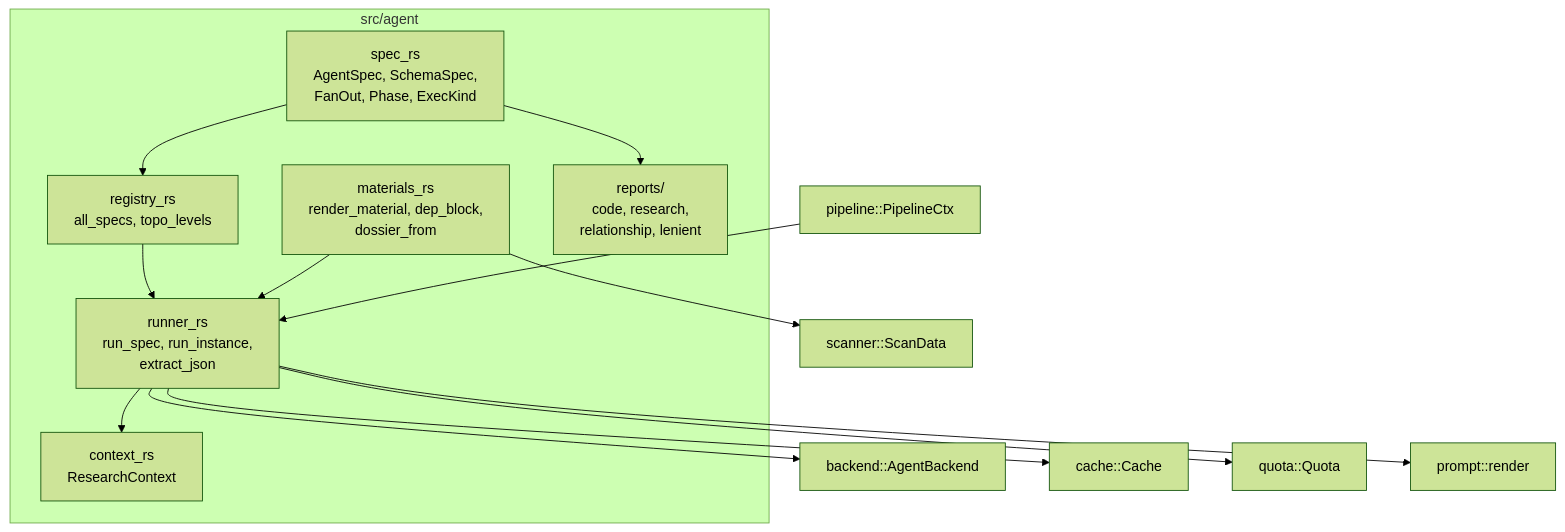
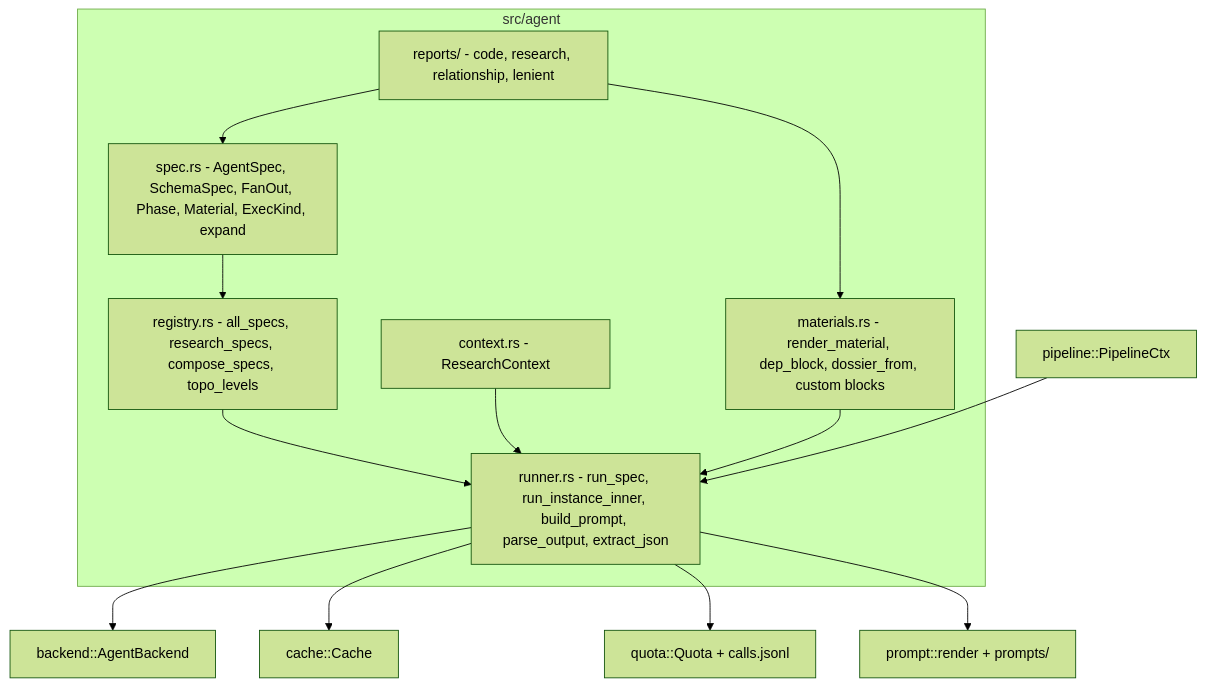
The first of 3 diagrams in docs/vi/4.Deep-Exploration/Agent Orchestration & Analysis.md (tidusvn05/agentwiki), drawn with Mermaid (forest theme) before and after one commit. The commit also changed other lines of this file and 10 other files, not shown here.

````diff
--- a/docs/vi/4.Deep-Exploration/Agent Orchestration & Analysis.md
+++ b/docs/vi/4.Deep-Exploration/Agent Orchestration & Analysis.md
@@ -15,22 +17,24 @@
 ```mermaid
-graph TD
-    subgraph Agent_Domain["src/agent"]
-        SPEC[spec_rs<br/>AgentSpec, SchemaSpec,<br/>FanOut, Phase, ExecKind]
-        REG[registry_rs<br/>all_specs, topo_levels]
-        RUN[runner_rs<br/>run_spec, run_instance,<br/>extract_json]
-        CTX[context_rs<br/>ResearchContext]
-        MAT[materials_rs<br/>render_material, dep_block,<br/>dossier_from]
-        RPT[reports/<br/>code, research,<br/>relationship, lenient]
-        SPEC --> REG
-        REG --> RUN
-        MAT --> RUN
-        RUN --> CTX
-        SPEC --> RPT
+flowchart TD
+    subgraph AGENT["src/agent"]
+        SPEC[spec.rs - AgentSpec, SchemaSpec, FanOut, Phase, Material, ExecKind, expand]
+        REG[registry.rs - all_specs, research_specs, compose_specs, topo_levels]
+        RUN[runner.rs - run_spec, run_instance_inner, build_prompt, parse_output, extract_json]
+        CTX[context.rs - ResearchContext]
+        MAT[materials.rs - render_material, dep_block, dossier_from, custom blocks]
+        RPT[reports/ - code, research, relationship, lenient]
     end
+
+    SPEC --> REG
+    REG --> RUN
+    CTX --> RUN
+    MAT --> RUN
+    RPT --> SPEC
+    RPT --> MAT
+
     PIPE[pipeline::PipelineCtx] --> RUN
     RUN --> BE[backend::AgentBackend]
     RUN --> CACHE[cache::Cache]
-    RUN --> QUOTA[quota::Quota]
-    RUN --> PRM[prompt::render]
-    MAT --> SCAN[scanner::ScanData]
+    RUN --> QUOTA[quota::Quota + calls.jsonl]
+    RUN --> PRM[prompt::render + prompts/]
 ```
````
